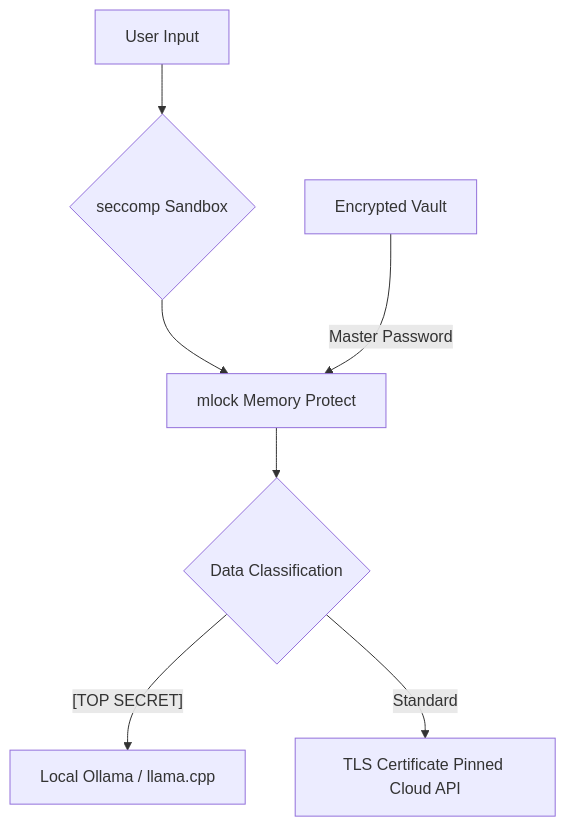
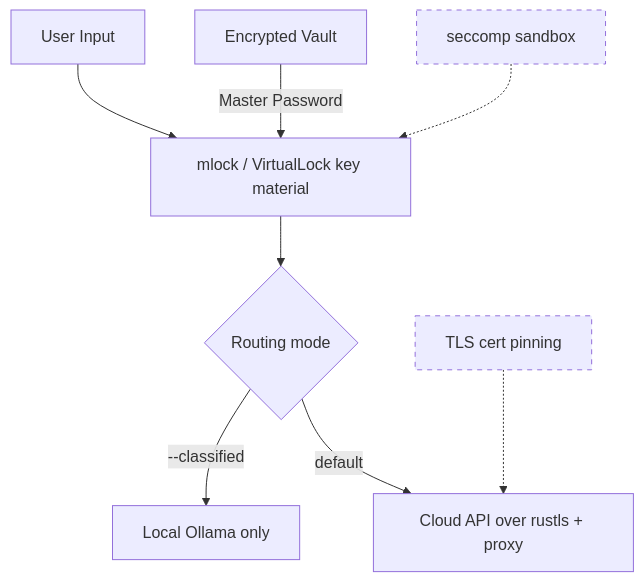
One commit to SimonasKairys/multichat changed the diagram in docs/progress/05_military_security_schema.md. Above: the diagram before and after it, drawn with Mermaid. The commit also changed other lines of this file and 36 other files, not shown here.

````diff
--- a/docs/progress/05_military_security_schema.md
+++ b/docs/progress/05_military_security_schema.md
@@ -2,9 +3,12 @@
 ```mermaid
 flowchart TD
-    A[User Input] --> B{seccomp Sandbox}
-    B --> C[mlock Memory Protect]
-    C --> D{Data Classification}
-    D -- "[TOP SECRET]" --> E[Local Ollama / llama.cpp]
-    D -- "Standard" --> F[TLS Certificate Pinned Cloud API]
+    A[User Input] --> C[mlock / VirtualLock key material]
+    C --> D{Routing mode}
+    D -- "--classified" --> E[Local Ollama only]
+    D -- "default" --> F[Cloud API over rustls + proxy]
     G[Encrypted Vault] -- "Master Password" --> C
+    B:::todo -.-> C
+    H[TLS cert pinning]:::todo -.-> F
+    classDef todo stroke-dasharray: 5 5
+    B[seccomp sandbox]
 ```
````
